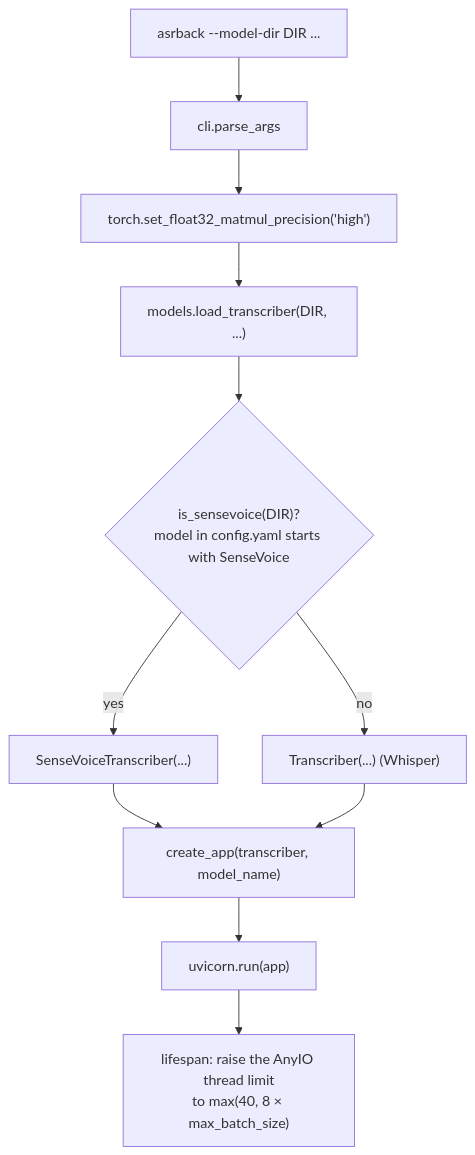
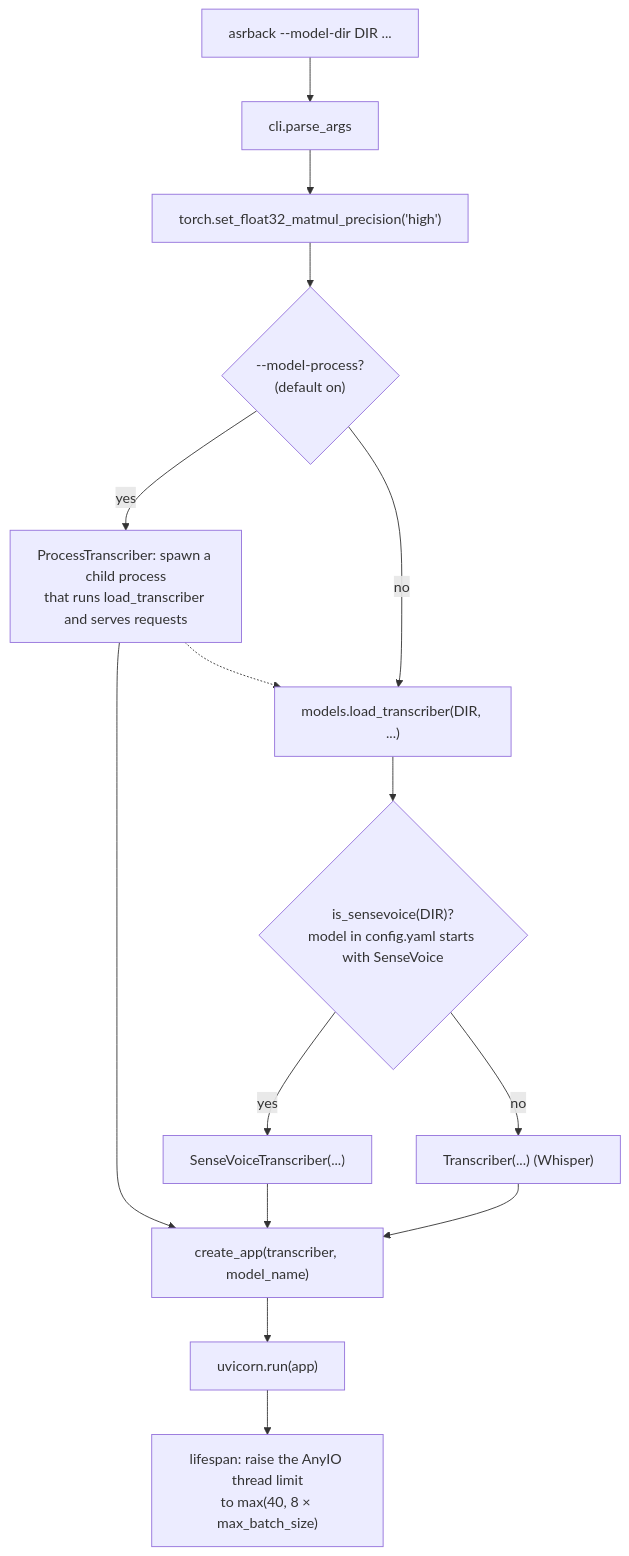
The first of 10 diagrams in docs/architecture.md (sjjeong94/asrback), drawn with Mermaid before and after one commit. The commit also changed other lines of this file and 4 other files, not shown here.

First line of the commit message:
Run the model in a child process by default

````diff
--- a/docs/architecture.md
+++ b/docs/architecture.md
@@ -51,13 +52,17 @@
 ```mermaid
 flowchart TD
     A["asrback --model-dir DIR ..."] --> B["cli.parse_args"]
     B --> C["torch.set_float32_matmul_precision('high')"]
-    C --> D["models.load_transcriber(DIR, ...)"]
+    C --> P{"--model-process?<br/>(default on)"}
+    P -- yes --> PT["ProcessTranscriber: spawn a child process<br/>that runs load_transcriber and serves requests"]
+    PT -.-> D
+    PT --> H
+    P -- no --> D["models.load_transcriber(DIR, ...)"]
     D --> E{"is_sensevoice(DIR)?<br/>model in config.yaml starts with SenseVoice"}
     E -- yes --> F["SenseVoiceTranscriber(...)"]
     E -- no --> G["Transcriber(...) (Whisper)"]
     F --> H["create_app(transcriber, model_name)"]
     G --> H
     H --> I["uvicorn.run(app)"]
     I --> J["lifespan: raise the AnyIO thread limit<br/>to max(40, 8 × max_batch_size)"]
 ```
````
